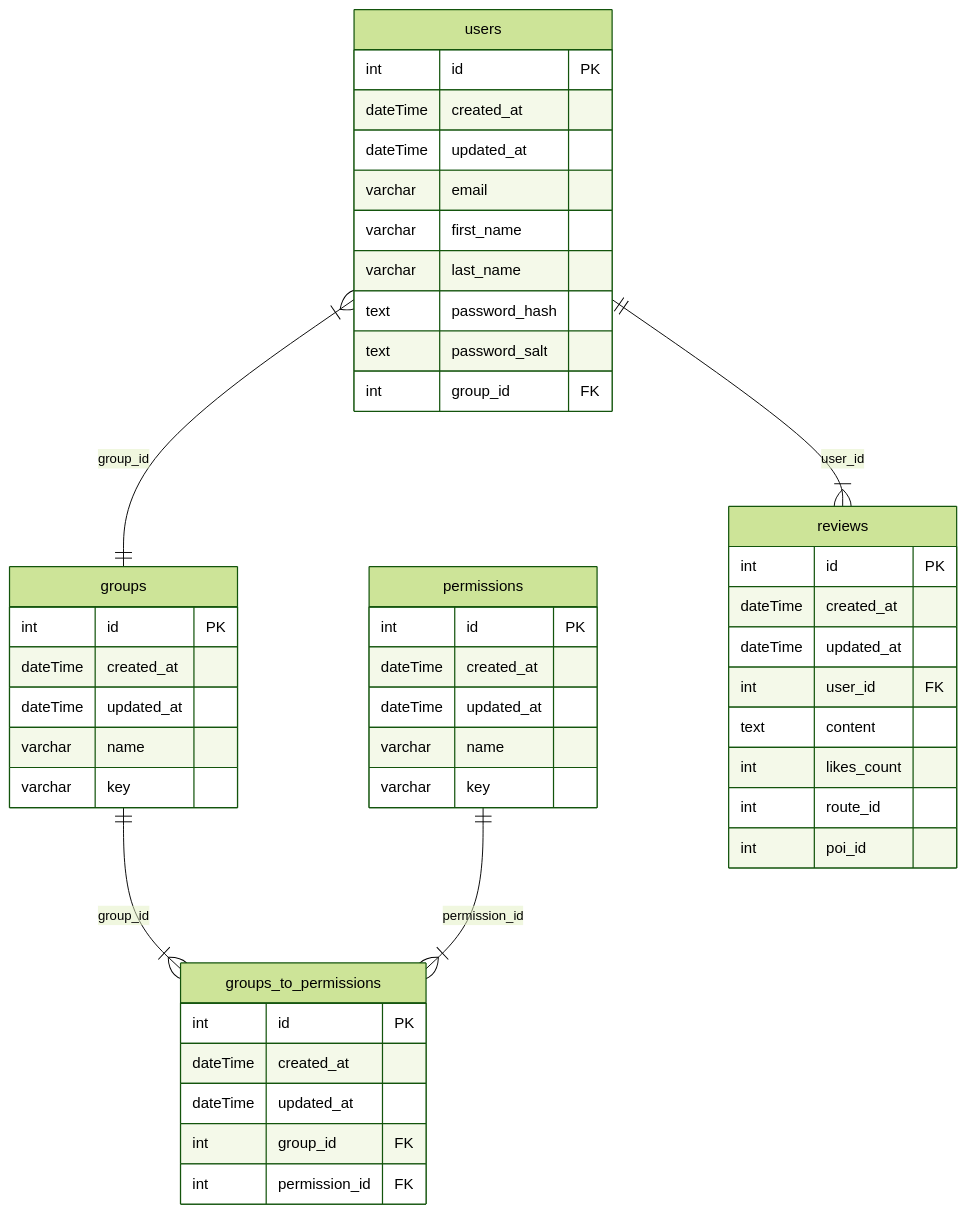
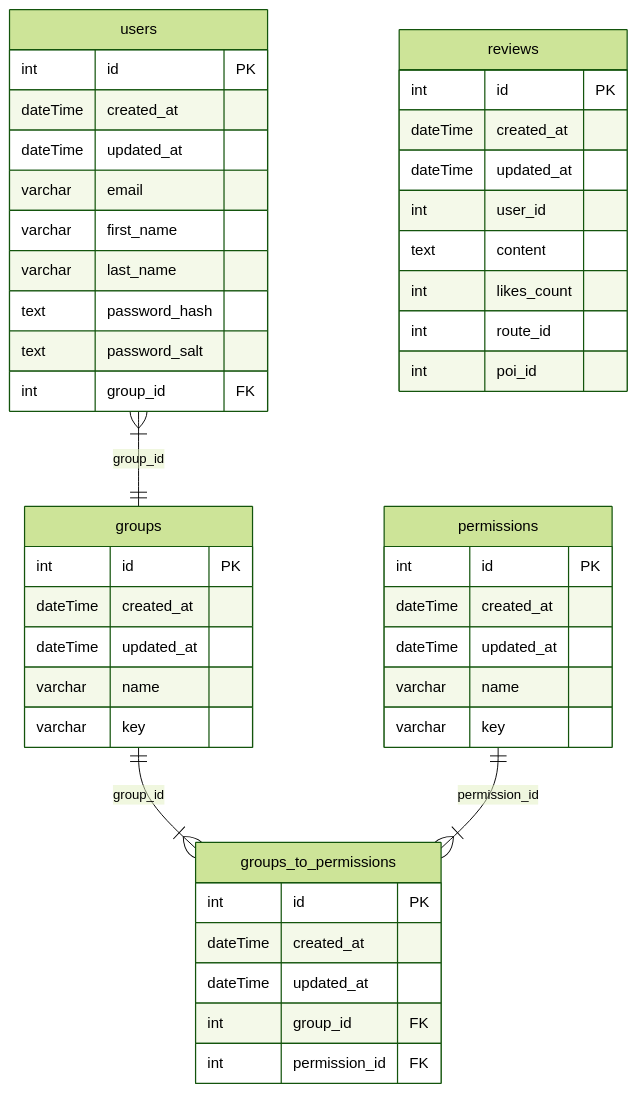
Before and after one commit to h4vefundieyoung/smartscapes: the diagram in readme.md, drawn with Mermaid (forest theme). The commit also changed 1 other file, not shown here.

Commit message:
refactor(backend): remove user_id foreign key ss-75

````diff
--- a/readme.md
+++ b/readme.md
@@ -30,55 +30,54 @@
 ```mermaid
 erDiagram
 
   users {
     int id PK
     dateTime created_at
     dateTime updated_at
     varchar email
     varchar first_name
     varchar last_name
     text password_hash
     text password_salt
     int group_id FK
   }
 
   groups {
     int id PK
     dateTime created_at
     dateTime updated_at
     varchar name
     varchar key
   }
 
  groups_to_permissions {
       int id PK
       dateTime created_at
       dateTime updated_at
       int group_id FK
       int permission_id FK
   }
 
   permissions {
       int id PK
       dateTime created_at
       dateTime updated_at
       varchar name
       varchar key
   }
 
   reviews {
     int id PK
     dateTime created_at
     dateTime updated_at
-    int user_id FK
+    int user_id
     text content
     int likes_count
     int route_id
     int poi_id
   }
 
   users }|--|| groups : group_id
   groups ||--|{ groups_to_permissions : group_id
   permissions ||--|{ groups_to_permissions : permission_id
-  users || -- |{ reviews : user_id
 ```
````
